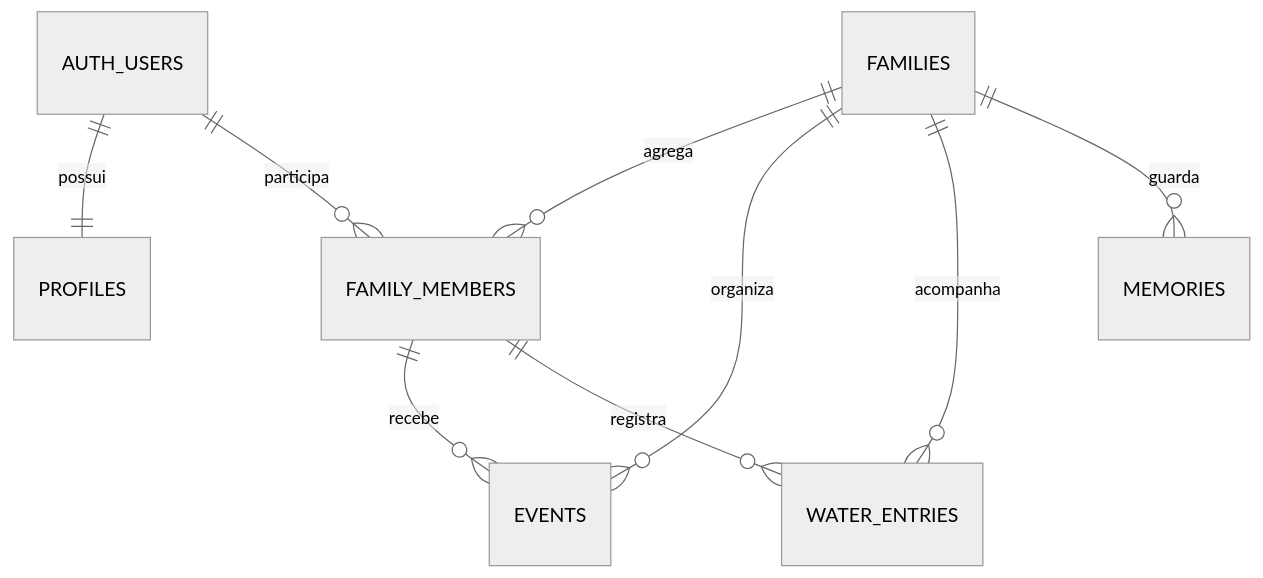
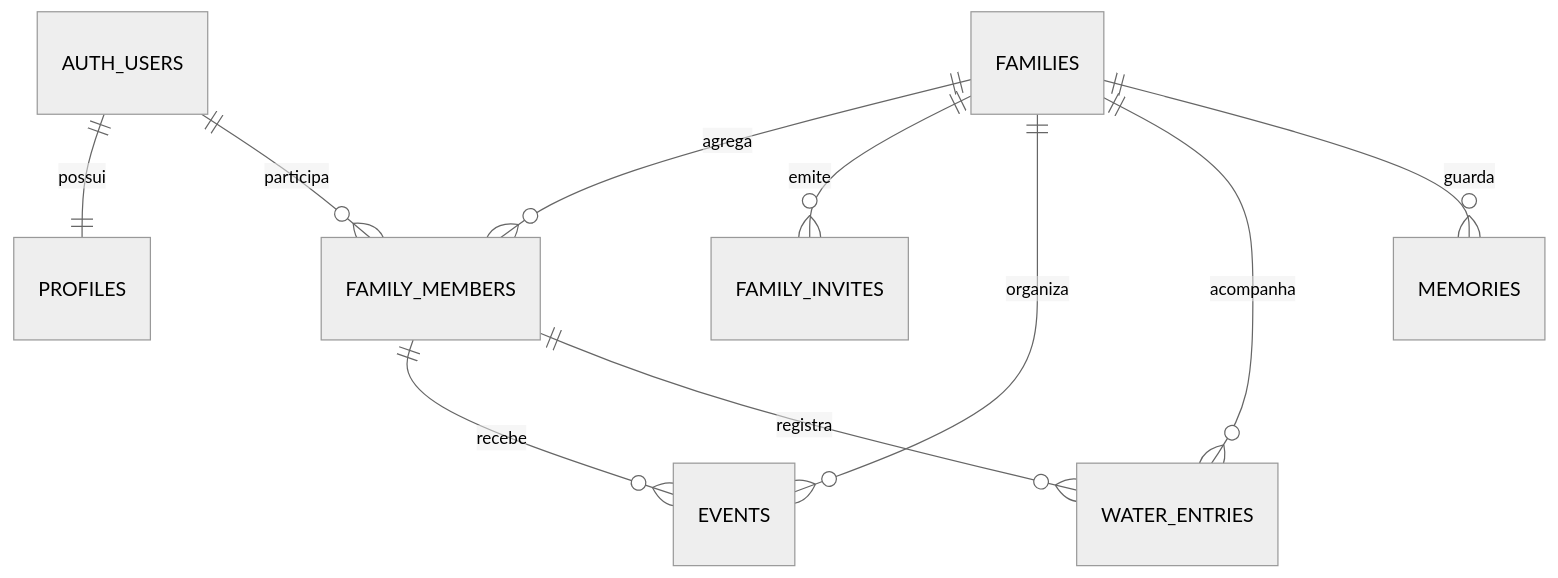
The diagram in docs/ARCHITECTURE.md (Lucas-Bonatto/laco-familia), drawn with Mermaid (neutral theme) before and after one commit. The commit also changed other lines of this file and 30 other files, not shown here.

````diff
--- a/docs/ARCHITECTURE.md
+++ b/docs/ARCHITECTURE.md
@@ -21,11 +22,12 @@
 ```mermaid
 erDiagram
     AUTH_USERS ||--|| PROFILES : possui
     AUTH_USERS ||--o{ FAMILY_MEMBERS : participa
     FAMILIES ||--o{ FAMILY_MEMBERS : agrega
+    FAMILIES ||--o{ FAMILY_INVITES : emite
     FAMILIES ||--o{ EVENTS : organiza
     FAMILIES ||--o{ WATER_ENTRIES : acompanha
     FAMILIES ||--o{ MEMORIES : guarda
     FAMILY_MEMBERS ||--o{ EVENTS : recebe
     FAMILY_MEMBERS ||--o{ WATER_ENTRIES : registra
 ```
````
